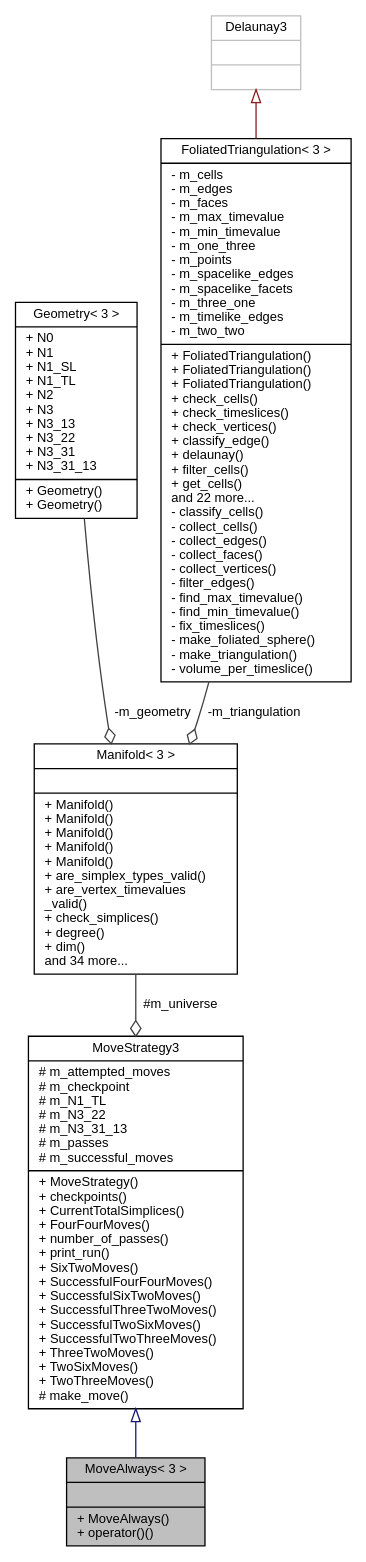
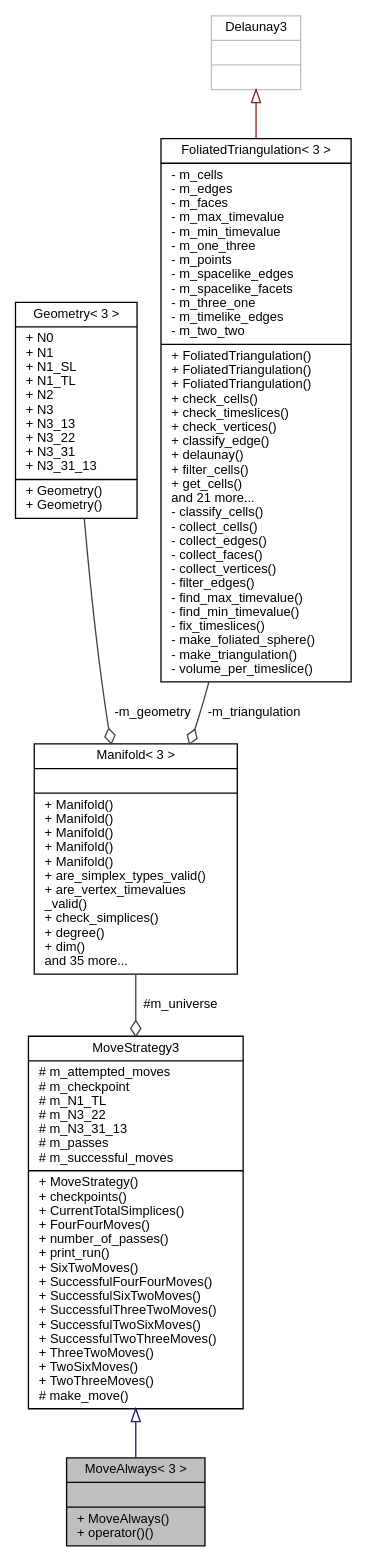
The diagram in class_move_always_3_013_01_4__coll__graph.dot (acgetchell/CDT-plusplus), drawn with Graphviz before and after one commit. The commit also changed 224 other files, not shown here.

```diff
--- a/class_move_always_3_013_01_4__coll__graph.dot
+++ b/class_move_always_3_013_01_4__coll__graph.dot
@@ -1,17 +1,17 @@
 digraph "MoveAlways&lt; 3 &gt;"
 {
  // LATEX_PDF_SIZE
   edge [fontname="Helvetica",fontsize="10",labelfontname="Helvetica",labelfontsize="10"];
   node [fontname="Helvetica",fontsize="10",shape=record];
   Node1 [label="{MoveAlways\< 3 \>\n||+ MoveAlways()\l+ operator()()\l}",height=0.2,width=0.4,color="black", fillcolor="grey75", style="filled", fontcolor="black",tooltip=" "];
   Node2 -> Node1 [dir="back",color="midnightblue",fontsize="10",style="solid",arrowtail="onormal",fontname="Helvetica"];
   Node2 [label="{MoveStrategy3\n|# m_attempted_moves\l# m_checkpoint\l# m_N1_TL\l# m_N3_22\l# m_N3_31_13\l# m_passes\l# m_successful_moves\l|+ MoveStrategy()\l+ checkpoints()\l+ CurrentTotalSimplices()\l+ FourFourMoves()\l+ number_of_passes()\l+ print_run()\l+ SixTwoMoves()\l+ SuccessfulFourFourMoves()\l+ SuccessfulSixTwoMoves()\l+ SuccessfulThreeTwoMoves()\l+ SuccessfulTwoSixMoves()\l+ SuccessfulTwoThreeMoves()\l+ ThreeTwoMoves()\l+ TwoSixMoves()\l+ TwoThreeMoves()\l# make_move()\l}",height=0.2,width=0.4,color="black", fillcolor="white", style="filled",URL="$class_move_strategy_3_013_01_4.html",tooltip=" "];
   Node3 -> Node2 [color="grey25",fontsize="10",style="solid",label=" #m_universe" ,arrowhead="odiamond",fontname="Helvetica"];
-  Node3 [label="{Manifold\< 3 \>\n||+ Manifold()\l+ Manifold()\l+ Manifold()\l+ Manifold()\l+ Manifold()\l+ are_simplex_types_valid()\l+ are_vertex_timevalues\l_valid()\l+ check_simplices()\l+ degree()\l+ dim()\land 34 more...\l}",height=0.2,width=0.4,color="black", fillcolor="white", style="filled",URL="$class_manifold_3_013_01_4.html",tooltip="3D Manifold"];
+  Node3 [label="{Manifold\< 3 \>\n||+ Manifold()\l+ Manifold()\l+ Manifold()\l+ Manifold()\l+ Manifold()\l+ are_simplex_types_valid()\l+ are_vertex_timevalues\l_valid()\l+ check_simplices()\l+ degree()\l+ dim()\land 35 more...\l}",height=0.2,width=0.4,color="black", fillcolor="white", style="filled",URL="$class_manifold_3_013_01_4.html",tooltip="3D Manifold"];
   Node4 -> Node3 [color="grey25",fontsize="10",style="solid",label=" -m_geometry" ,arrowhead="odiamond",fontname="Helvetica"];
   Node4 [label="{Geometry\< 3 \>\n|+ N0\l+ N1\l+ N1_SL\l+ N1_TL\l+ N2\l+ N3\l+ N3_13\l+ N3_22\l+ N3_31\l+ N3_31_13\l|+ Geometry()\l+ Geometry()\l}",height=0.2,width=0.4,color="black", fillcolor="white", style="filled",URL="$struct_geometry_3_013_01_4.html",tooltip="3D Geometry"];
   Node5 -> Node3 [color="grey25",fontsize="10",style="solid",label=" -m_triangulation" ,arrowhead="odiamond",fontname="Helvetica"];
-  Node5 [label="{FoliatedTriangulation\< 3 \>\n|- m_cells\l- m_edges\l- m_faces\l- m_max_timevalue\l- m_min_timevalue\l- m_one_three\l- m_points\l- m_spacelike_edges\l- m_spacelike_facets\l- m_three_one\l- m_timelike_edges\l- m_two_two\l|+ FoliatedTriangulation()\l+ FoliatedTriangulation()\l+ FoliatedTriangulation()\l+ check_cells()\l+ check_timeslices()\l+ check_vertices()\l+ classify_edge()\l+ delaunay()\l+ filter_cells()\l+ get_cells()\land 22 more...\l- classify_cells()\l- collect_cells()\l- collect_edges()\l- collect_faces()\l- collect_vertices()\l- filter_edges()\l- find_max_timevalue()\l- find_min_timevalue()\l- fix_timeslices()\l- make_foliated_sphere()\l- make_triangulation()\l- volume_per_timeslice()\l}",height=0.2,width=0.4,color="black", fillcolor="white", style="filled",URL="$class_foliated_triangulation_3_013_01_4.html",tooltip="3D Triangulation"];
+  Node5 [label="{FoliatedTriangulation\< 3 \>\n|- m_cells\l- m_edges\l- m_faces\l- m_max_timevalue\l- m_min_timevalue\l- m_one_three\l- m_points\l- m_spacelike_edges\l- m_spacelike_facets\l- m_three_one\l- m_timelike_edges\l- m_two_two\l|+ FoliatedTriangulation()\l+ FoliatedTriangulation()\l+ FoliatedTriangulation()\l+ check_cells()\l+ check_timeslices()\l+ check_vertices()\l+ classify_edge()\l+ delaunay()\l+ filter_cells()\l+ get_cells()\land 21 more...\l- classify_cells()\l- collect_cells()\l- collect_edges()\l- collect_faces()\l- collect_vertices()\l- filter_edges()\l- find_max_timevalue()\l- find_min_timevalue()\l- fix_timeslices()\l- make_foliated_sphere()\l- make_triangulation()\l- volume_per_timeslice()\l}",height=0.2,width=0.4,color="black", fillcolor="white", style="filled",URL="$class_foliated_triangulation_3_013_01_4.html",tooltip="3D Triangulation"];
   Node6 -> Node5 [dir="back",color="firebrick4",fontsize="10",style="solid",arrowtail="onormal",fontname="Helvetica"];
   Node6 [label="{Delaunay3\n||}",height=0.2,width=0.4,color="grey75", fillcolor="white", style="filled",tooltip=" "];
 }
```
